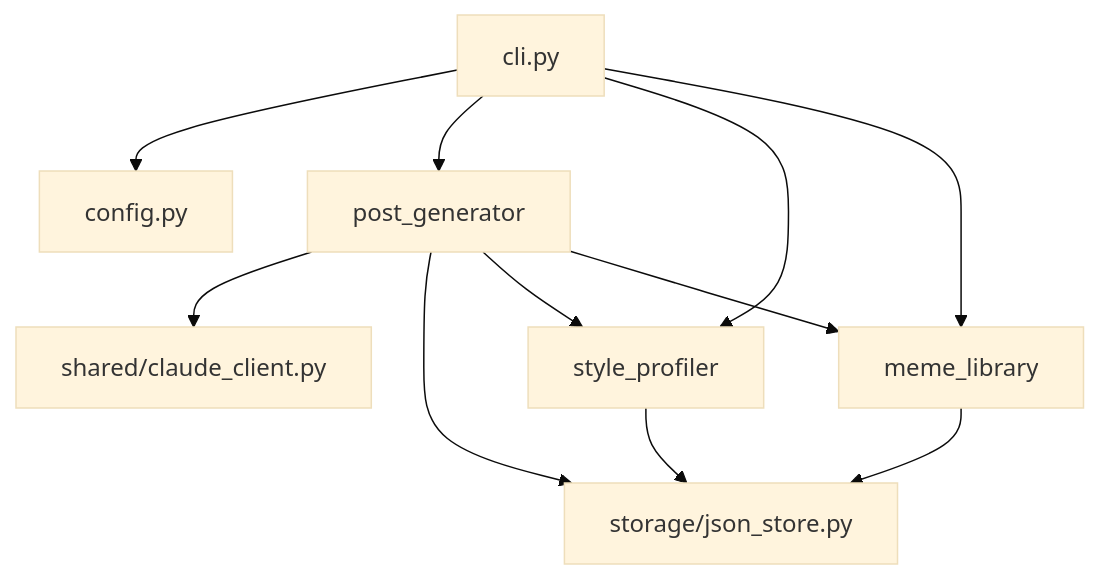
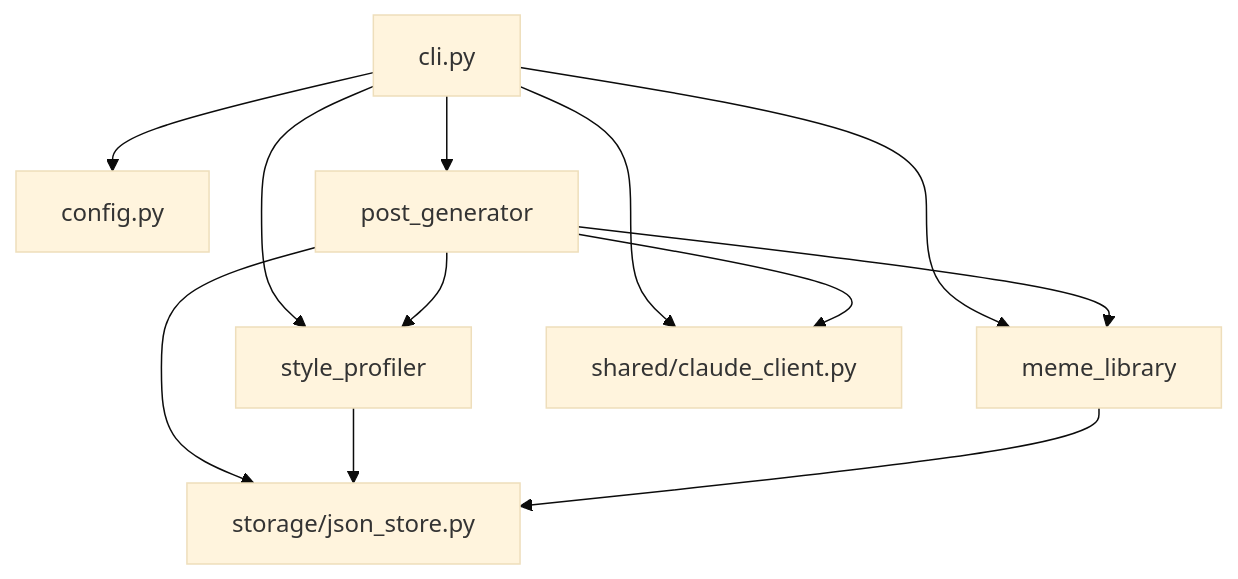
The diagram in docs/ai-context/architecture.md (Easy-T/naver-blog-bot), drawn with Mermaid (base theme) before and after one commit. The commit also changed other lines of this file and 1 other file, not shown here.

Commit message:
Update foundation documentation compass
Align the project module list and live architecture flow with the completed foundation slice.

````diff
--- a/docs/ai-context/architecture.md
+++ b/docs/ai-context/architecture.md
@@ -8,13 +8,14 @@
 ```mermaid
 graph TD
   cli["cli.py"] --> config["config.py"]
   cli --> post_generator["post_generator"]
   cli --> style_profiler["style_profiler"]
   cli --> meme_library["meme_library"]
-  post_generator --> shared_claude["shared/claude_client.py"]
+  cli --> shared_claude["shared/claude_client.py"]
+  post_generator --> shared_claude
   post_generator --> storage["storage/json_store.py"]
   post_generator --> style_profiler
   post_generator --> meme_library
   style_profiler --> storage
   meme_library --> storage
 ```
````
